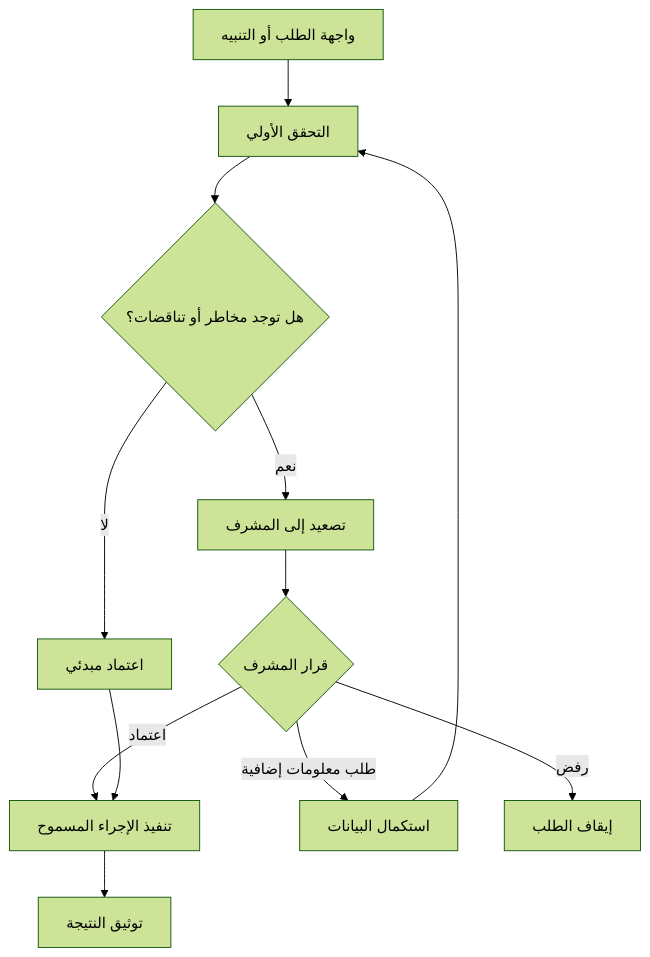
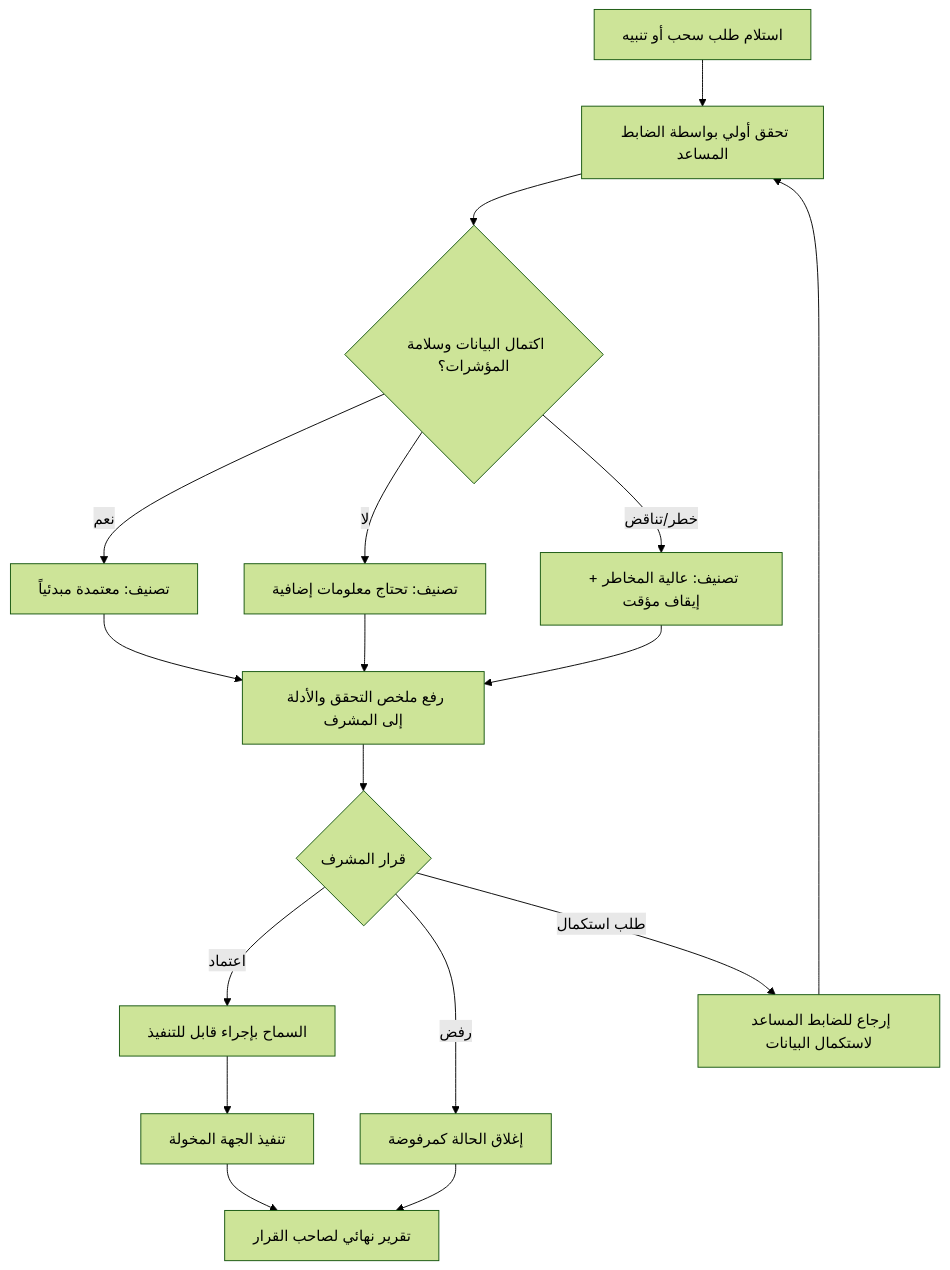
One commit to ox5qmuteb-dotcom/moteb-arabic-arch changed the diagram in README.md. Above: the diagram before and after it, drawn with Mermaid (forest theme). The commit also changed other lines of this file, not shown here.

````diff
--- a/README.md
+++ b/README.md
@@ -14,14 +46,19 @@
 ```mermaid
 flowchart TD
-    A[واجهة الطلب أو التنبيه] --> B[التحقق الأولي]
-    B --> C{هل توجد مخاطر أو تناقضات؟}
-    C -- نعم --> D[تصعيد إلى المشرف]
-    C -- لا --> E[اعتماد مبدئي]
-    D --> F{قرار المشرف}
-    F -- اعتماد --> G[تنفيذ الإجراء المسموح]
-    F -- طلب معلومات إضافية --> H[استكمال البيانات]
-    F -- رفض --> I[إيقاف الطلب]
+    A[استلام طلب سحب أو تنبيه] --> B[تحقق أولي بواسطة الضابط المساعد]
+    B --> C{اكتمال البيانات وسلامة المؤشرات؟}
+    C -- نعم --> D[تصنيف: معتمدة مبدئياً]
+    C -- لا --> E[تصنيف: تحتاج معلومات إضافية]
+    C -- خطر/تناقض --> F[تصنيف: عالية المخاطر + إيقاف مؤقت]
+    D --> G[رفع ملخص التحقق والأدلة إلى المشرف]
     E --> G
-    H --> B
-    G --> J[توثيق النتيجة]
+    F --> G
+    G --> H{قرار المشرف}
+    H -- اعتماد --> I[السماح بإجراء قابل للتنفيذ]
+    H -- رفض --> J[إغلاق الحالة كمرفوضة]
+    H -- طلب استكمال --> K[إرجاع للضابط المساعد لاستكمال البيانات]
+    K --> B
+    I --> L[تنفيذ الجهة المخولة]
+    L --> M[تقرير نهائي لصاحب القرار]
+    J --> M
 ```
````
